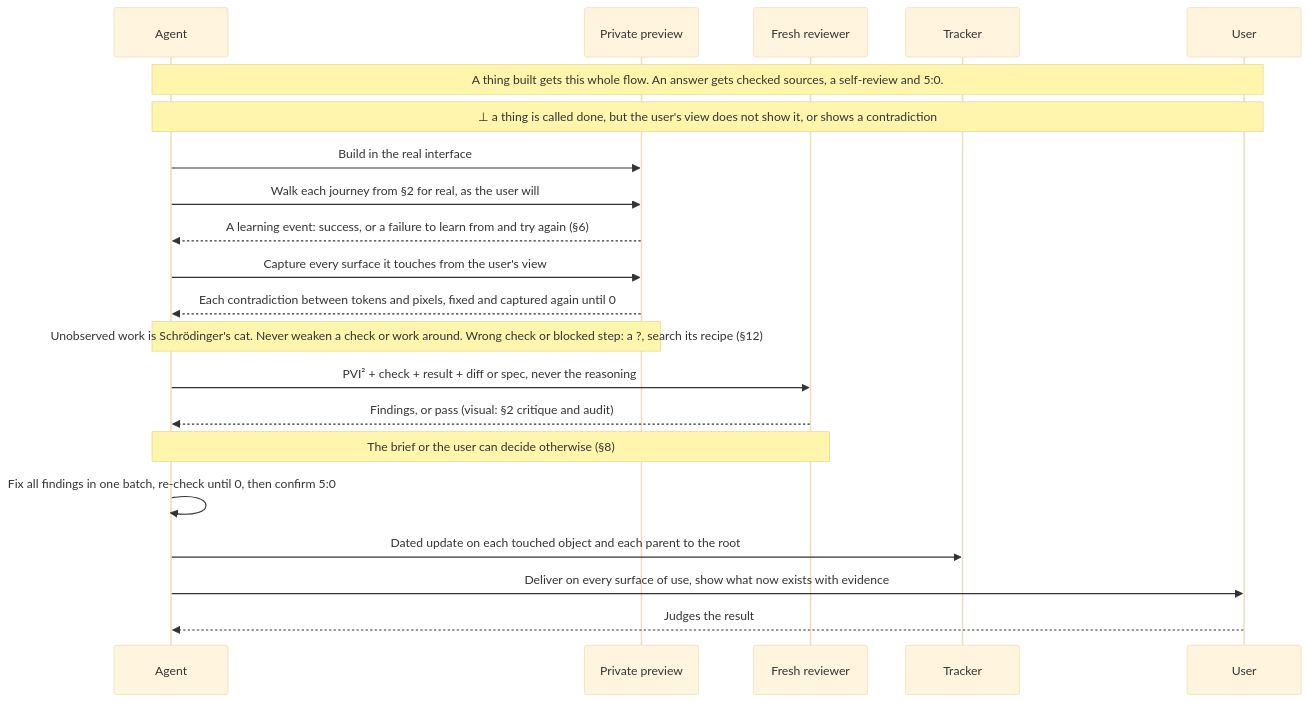
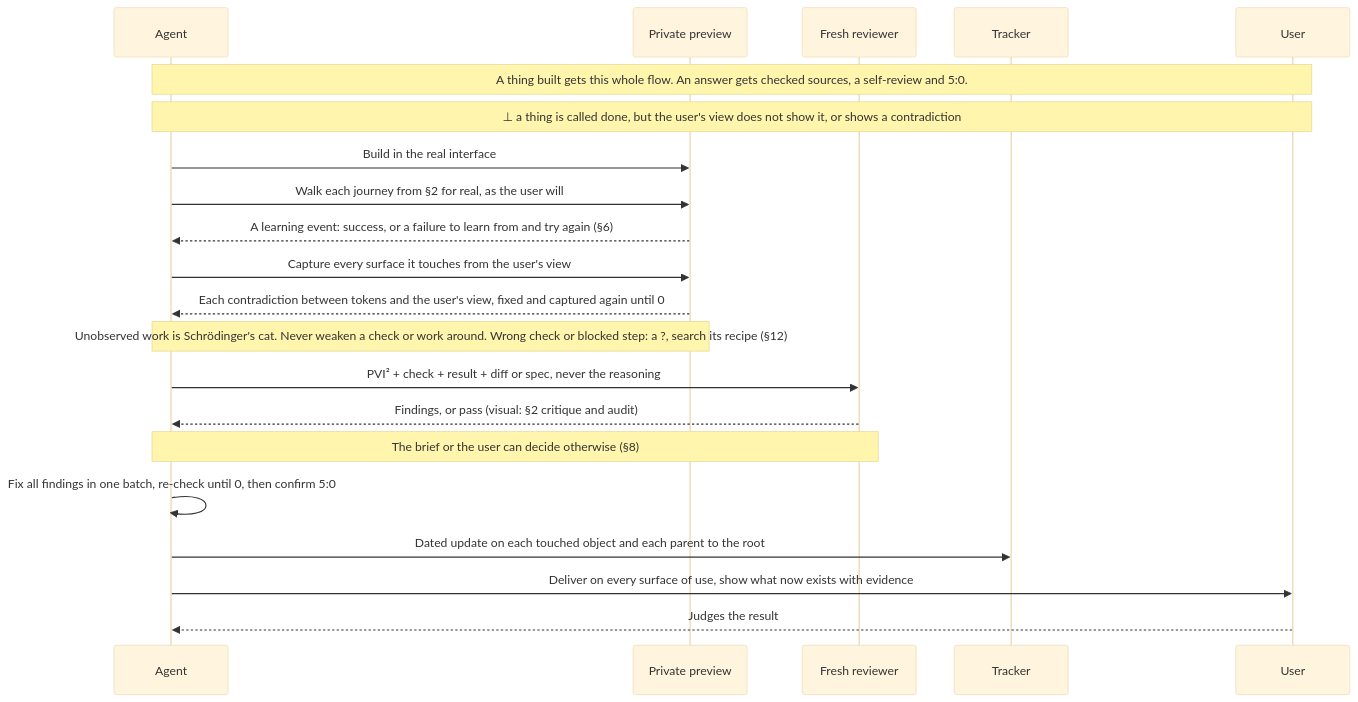
Before and after one commit to SolenixAI/arbiter: diagram 11 of 14 in AGENTS.md, drawn with Mermaid (base theme). The commit also changed other lines of this file and 2 other files, not shown here.

First line of the commit message:
docs(arbiter): fix fresh-review findings: blocker, view as reference, frontier exit

````diff
--- a/AGENTS.md
+++ b/AGENTS.md
@@ -522,23 +526,23 @@
 ```mermaid
 sequenceDiagram
   participant A as Agent
   participant P as Private preview
   participant R as Fresh reviewer
   participant T as Tracker
   participant U as User
   Note over A,U: A thing built gets this whole flow. An answer gets checked sources, a self-review and 5:0.
   Note over A,U: ⊥ a thing is called done, but the user's view does not show it, or shows a contradiction
   A->>P: Build in the real interface
   A->>P: Walk each journey from §2 for real, as the user will
   P-->>A: A learning event: success, or a failure to learn from and try again (§6)
   A->>P: Capture every surface it touches from the user's view
-  P-->>A: Each contradiction between tokens and pixels, fixed and captured again until 0
+  P-->>A: Each contradiction between tokens and the user's view, fixed and captured again until 0
   Note over A,P: Unobserved work is Schrödinger's cat. Never weaken a check or work around. Wrong check or blocked step: a ?, search its recipe (§12)
   A->>R: PVI² + check + result + diff or spec, never the reasoning
   R-->>A: Findings, or pass (visual: §2 critique and audit)
   Note over A,R: The brief or the user can decide otherwise (§8)
   A->>A: Fix all findings in one batch, re-check until 0, then confirm 5:0
   A->>T: Dated update on each touched object and each parent to the root
   A->>U: Deliver on every surface of use, show what now exists with evidence
   U-->>A: Judges the result
 ```
````
